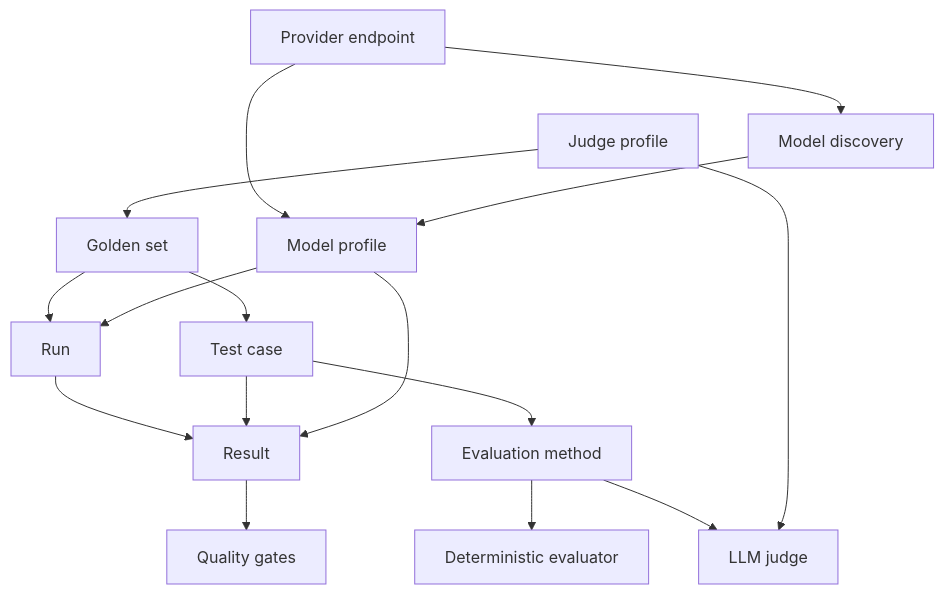
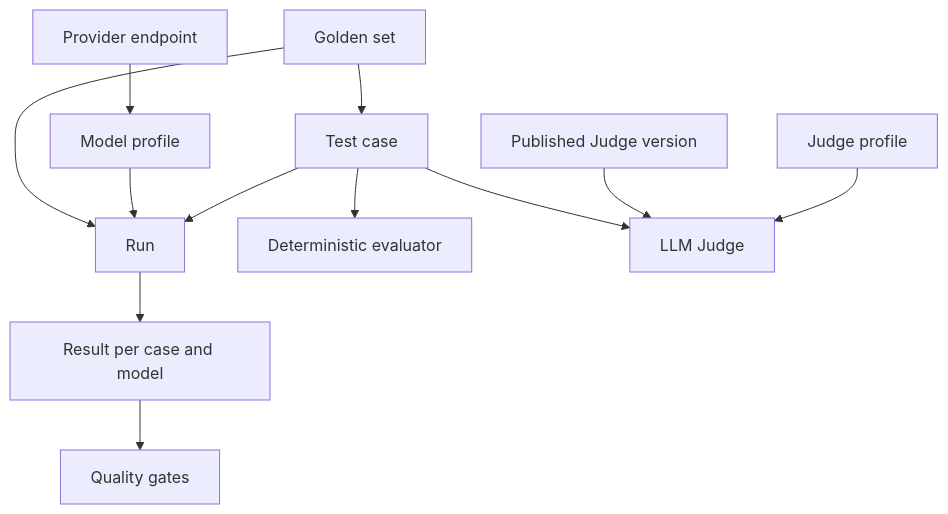
The diagram in docs/manual/getting-started.md (lmeulen/Thistlewarden), drawn with Mermaid before and after one commit. The commit also changed other lines of this file and 15 other files, not shown here.

````diff
--- a/docs/manual/getting-started.md
+++ b/docs/manual/getting-started.md
@@ -71,18 +47,14 @@
 ```mermaid
 flowchart TD
     E[Provider endpoint] --> M[Model profile]
     GS[Golden set] --> TC[Test case]
-    E --> D[Model discovery]
-    D --> M
     GS --> R[Run]
     M --> R
-    R --> O[Result]
-    TC --> O
-    M --> O
-    TC --> EM[Evaluation method]
-    EM --> DE[Deterministic evaluator]
-    EM --> LJ[LLM judge]
-    JP[Judge profile] --> GS
-    JP --> LJ
+    TC --> R
+    R --> O[Result per case and model]
+    TC --> DE[Deterministic evaluator]
+    TC --> LJ[LLM Judge]
+    JD[Published Judge version] --> LJ
+    JP[Judge profile] --> LJ
     O --> QG[Quality gates]
 ```
````
